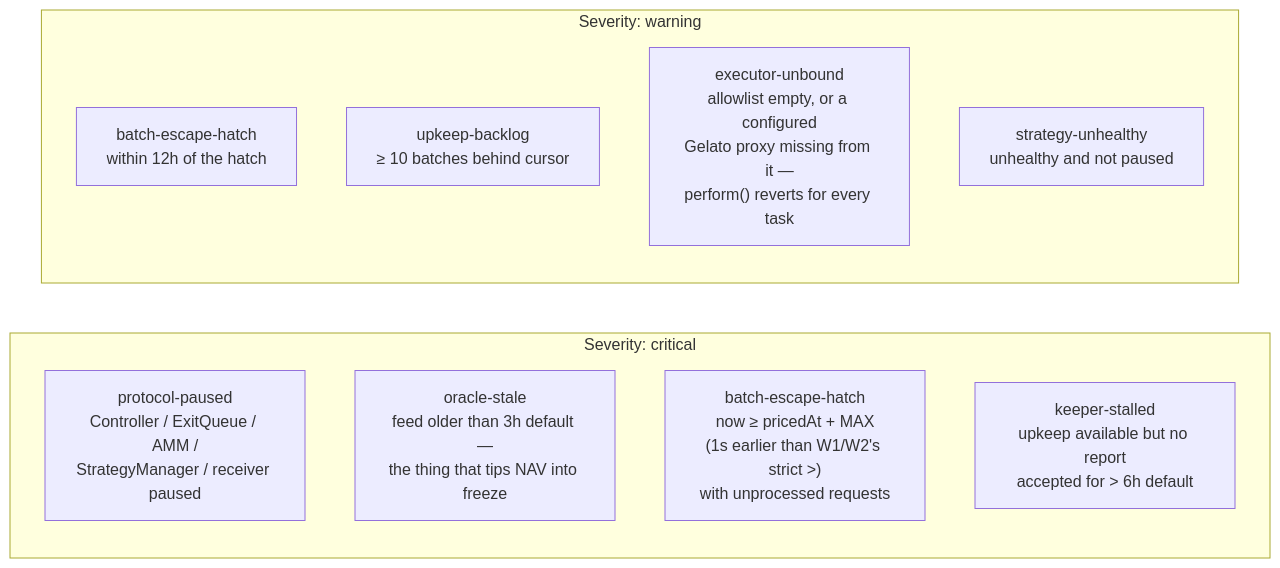
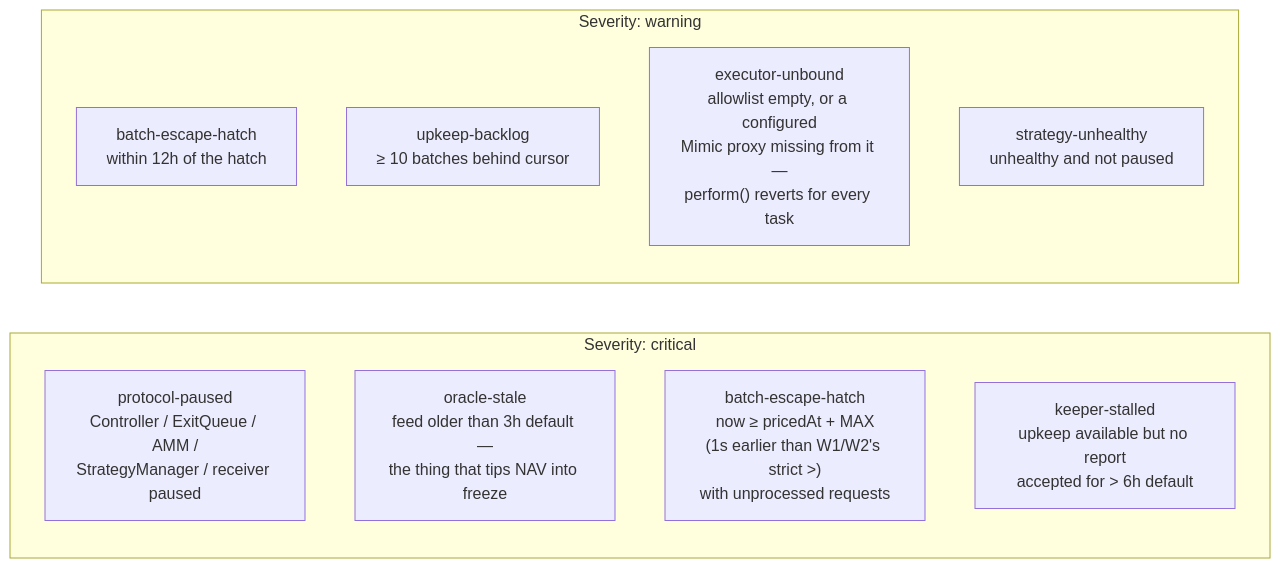
The second of 2 diagrams in blueprints/04-w4-freeze-watch.md (everstrat-xyz/keepers), drawn with Mermaid before and after one commit. The commit also changed other lines of this file and 82 other files, not shown here.

````diff
--- a/blueprints/04-w4-freeze-watch.md
+++ b/blueprints/04-w4-freeze-watch.md
@@ -35,15 +35,15 @@
 ```mermaid
 flowchart LR
     subgraph CRIT["Severity: critical"]
         C1["protocol-paused<br/>Controller / ExitQueue / AMM /<br/>StrategyManager / receiver paused"]
         C2["oracle-stale<br/>feed older than 3h default —<br/>the thing that tips NAV into freeze"]
         C3["batch-escape-hatch<br/>now ≥ pricedAt + MAX<br/>(1s earlier than W1/W2's strict &gt;)<br/>with unprocessed requests"]
         C4["keeper-stalled<br/>upkeep available but no report<br/>accepted for &gt; 6h default"]
     end
     subgraph WARN["Severity: warning"]
         W1k["batch-escape-hatch<br/>within 12h of the hatch"]
         W2k["upkeep-backlog<br/>≥ 10 batches behind cursor"]
-        W3k["executor-unbound<br/>allowlist empty, or a configured<br/>Gelato proxy missing from it —<br/>perform() reverts for every task"]
+        W3k["executor-unbound<br/>allowlist empty, or a configured<br/>Mimic proxy missing from it —<br/>perform() reverts for every task"]
         W4k["strategy-unhealthy<br/>unhealthy and not paused"]
     end
 ```
````
